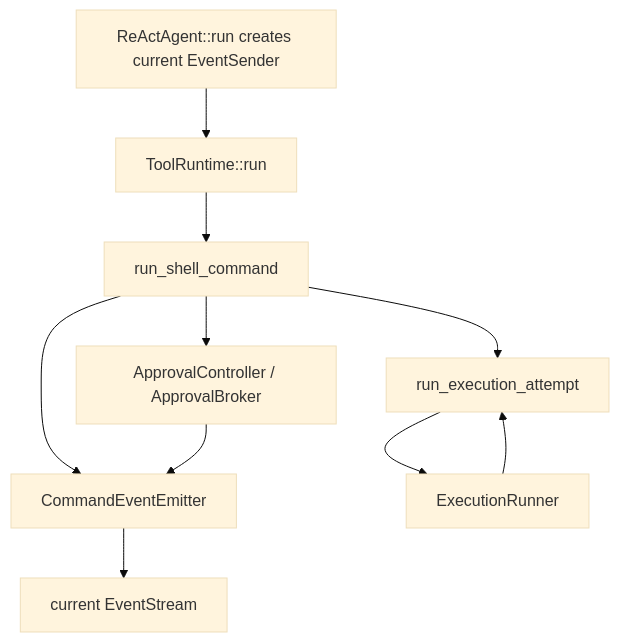
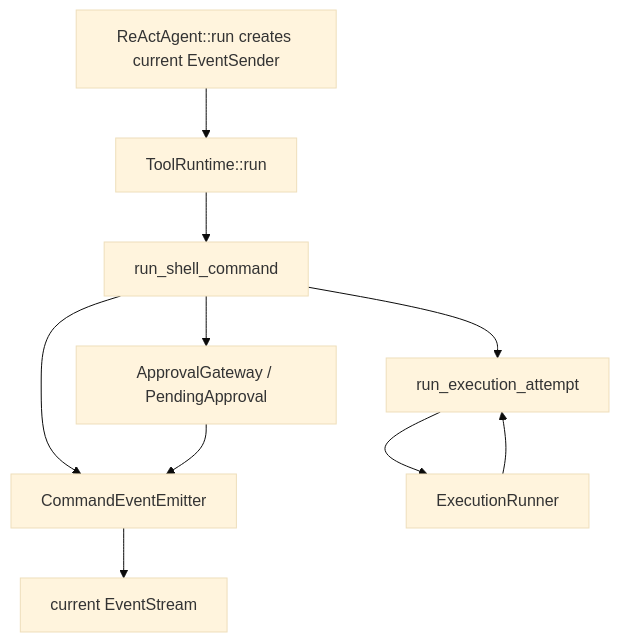
The diagram in workspaces/02-learning/openai-codex-cli-deep-learning/topics/tools-permissions/guides/08-demo-coder/09-slice-8-command-event-emitter-refactor.md (hedon954/daedalus), drawn with Mermaid (base theme) before and after one commit. The commit also changed other lines of this file and 11 other files, not shown here.

````diff
--- a/workspaces/02-learning/openai-codex-cli-deep-learning/topics/tools-permissions/guides/08-demo-coder/09-slice-8-command-event-emitter-refactor.md
+++ b/workspaces/02-learning/openai-codex-cli-deep-learning/topics/tools-permissions/guides/08-demo-coder/09-slice-8-command-event-emitter-refactor.md
@@ -195,12 +200,12 @@
 ```mermaid
 flowchart TD
     A["ReActAgent::run creates current EventSender"] --> B["ToolRuntime::run"]
     B --> C["run_shell_command"]
     C --> D["CommandEventEmitter"]
-    C --> E["ApprovalController / ApprovalBroker"]
+    C --> E["ApprovalGateway / PendingApproval"]
     C --> F["run_execution_attempt"]
     F --> G["ExecutionRunner"]
     D --> H["current EventStream"]
     E --> D
     G --> F
 ```
````
